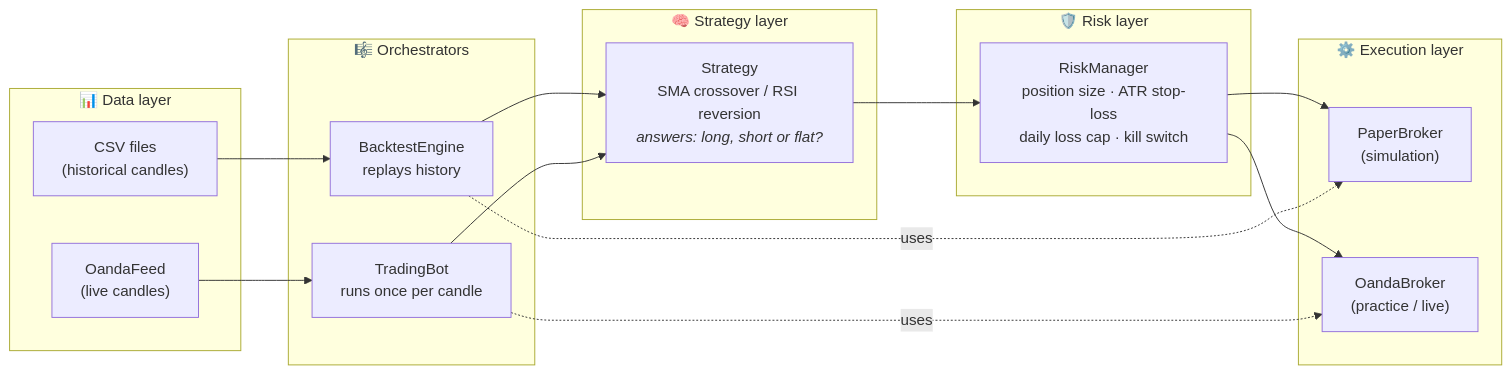
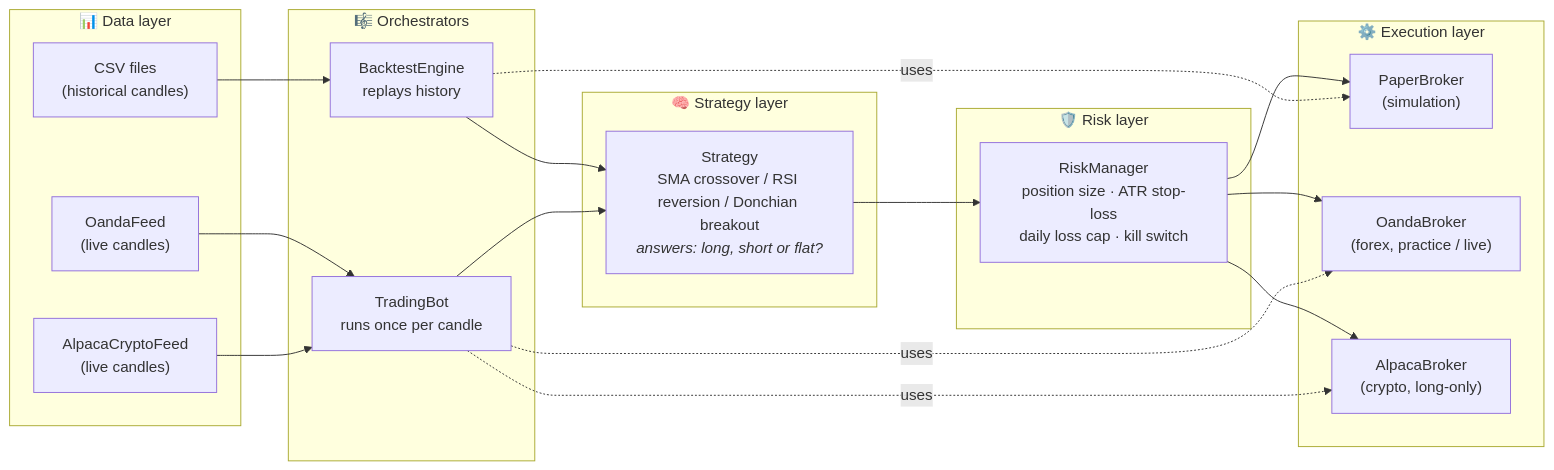
One commit to cedrickaneza/V_2_KG changed the first of 2 diagrams in README.md. Above: the diagram before and after it, drawn with Mermaid. The commit also changed other lines of this file and 20 other files, not shown here.

````diff
--- a/README.md
+++ b/README.md
@@ -40,35 +49,40 @@
 ```mermaid
 flowchart LR
     subgraph DATA["📊 Data layer"]
         CSV["CSV files<br/>(historical candles)"]
-        FEED["OandaFeed<br/>(live candles)"]
+        OFEED["OandaFeed<br/>(live candles)"]
+        AFEED["AlpacaCryptoFeed<br/>(live candles)"]
     end
 
     subgraph BRAIN["🧠 Strategy layer"]
-        STRAT["Strategy<br/>SMA crossover / RSI reversion<br/><i>answers: long, short or flat?</i>"]
+        STRAT["Strategy<br/>SMA crossover / RSI reversion / Donchian breakout<br/><i>answers: long, short or flat?</i>"]
     end
 
     subgraph RISK["🛡️ Risk layer"]
         RM["RiskManager<br/>position size · ATR stop-loss<br/>daily loss cap · kill switch"]
     end
 
     subgraph EXEC["⚙️ Execution layer"]
         PAPER["PaperBroker<br/>(simulation)"]
-        OANDA["OandaBroker<br/>(practice / live)"]
+        OANDA["OandaBroker<br/>(forex, practice / live)"]
+        ALPACA["AlpacaBroker<br/>(crypto, long-only)"]
     end
 
     subgraph ORCH["🎼 Orchestrators"]
         BT["BacktestEngine<br/>replays history"]
         BOT["TradingBot<br/>runs once per candle"]
     end
 
     CSV --> BT
-    FEED --> BOT
+    OFEED --> BOT
+    AFEED --> BOT
     BT --> STRAT
     BOT --> STRAT
     STRAT --> RM
     RM --> PAPER
     RM --> OANDA
+    RM --> ALPACA
     BT -.uses.-> PAPER
     BOT -.uses.-> OANDA
+    BOT -.uses.-> ALPACA
 ```
````
